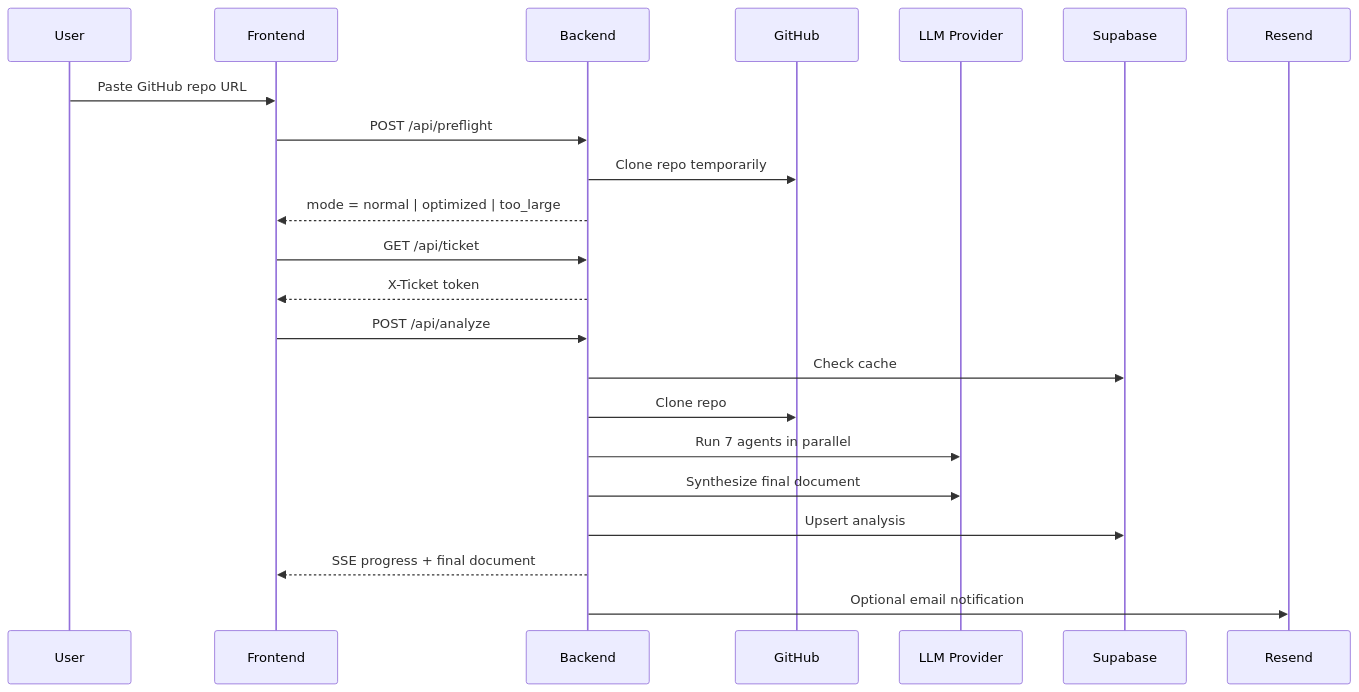
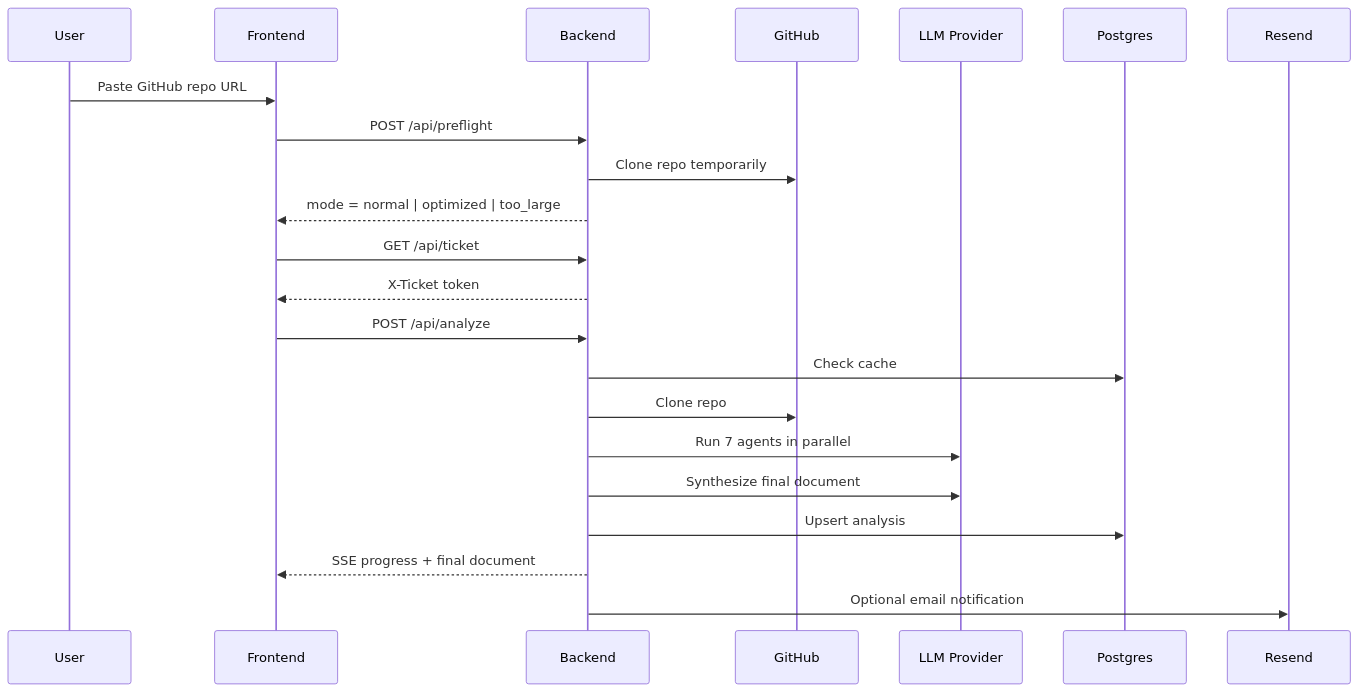
One commit to 686f6c61/iwtbi changed the diagram in docs/architecture.md. Above: the diagram before and after it, drawn with Mermaid. The commit also changed other lines of this file and 115 other files, not shown here.

````diff
--- a/docs/architecture.md
+++ b/docs/architecture.md
@@ -36,25 +36,25 @@
 ```mermaid
 sequenceDiagram
     participant U as User
     participant F as Frontend
     participant B as Backend
     participant G as GitHub
     participant L as LLM Provider
-    participant S as Supabase
+    participant P as Postgres
     participant R as Resend
 
     U->>F: Paste GitHub repo URL
     F->>B: POST /api/preflight
     B->>G: Clone repo temporarily
     B-->>F: mode = normal | optimized | too_large
     F->>B: GET /api/ticket
     B-->>F: X-Ticket token
     F->>B: POST /api/analyze
-    B->>S: Check cache
+    B->>P: Check cache
     B->>G: Clone repo
     B->>L: Run 7 agents in parallel
     B->>L: Synthesize final document
-    B->>S: Upsert analysis
+    B->>P: Upsert analysis
     B-->>F: SSE progress + final document
     B->>R: Optional email notification
 ```
````
